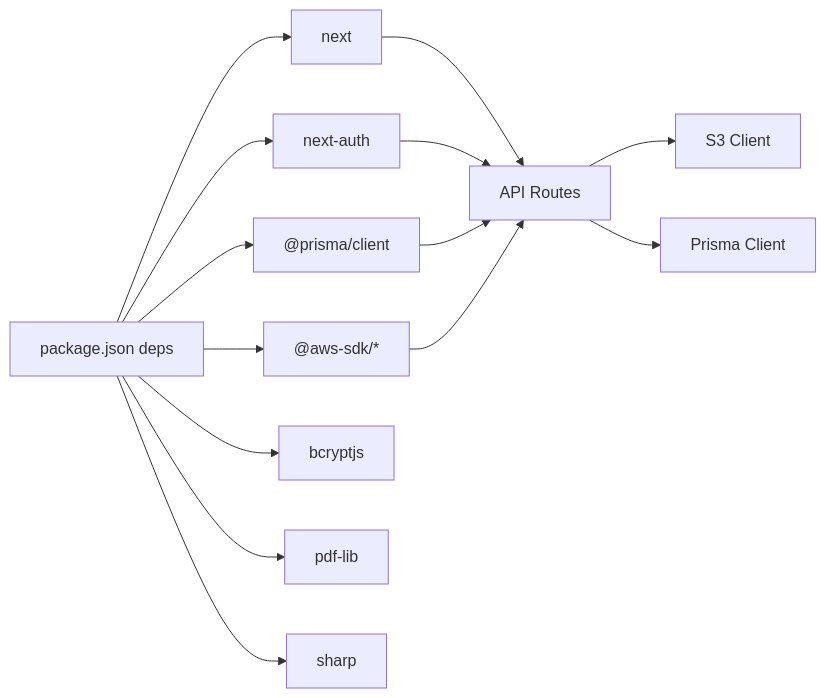
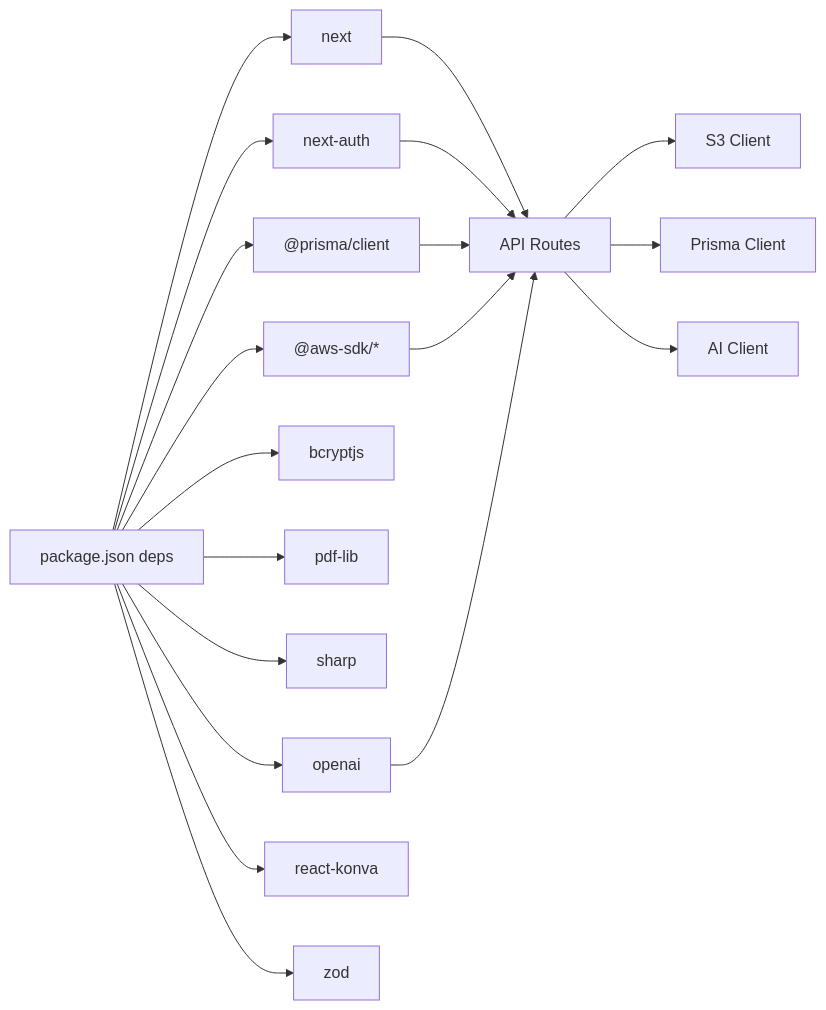
Before and after one commit to Crowdspender/titchybooks-app: the tenth of 10 diagrams in .qoder/repowiki/en/content/Deployment & Operations.md, drawn with Mermaid. The commit also changed other lines of this file and 62 other files, not shown here.

````diff
--- a/.qoder/repowiki/en/content/Deployment & Operations.md
+++ b/.qoder/repowiki/en/content/Deployment & Operations.md
@@ -251,16 +428,21 @@
 ```mermaid
 graph LR
 Pkg["package.json deps"] --> Next["next"]
 Pkg --> Auth["next-auth"]
 Pkg --> Prisma["@prisma/client"]
 Pkg --> AWS["@aws-sdk/*"]
 Pkg --> Bcrypt["bcryptjs"]
 Pkg --> PDF["pdf-lib"]
 Pkg --> Sharp["sharp"]
+Pkg --> OpenAI["openai"]
+Pkg --> Konva["react-konva"]
+Pkg --> Zod["zod"]
 Next --> API["API Routes"]
 Auth --> API
 Prisma --> API
 AWS --> API
+OpenAI --> API
 API --> S3["S3 Client"]
 API --> DB["Prisma Client"]
+API --> AI["AI Client"]
 ```
````
